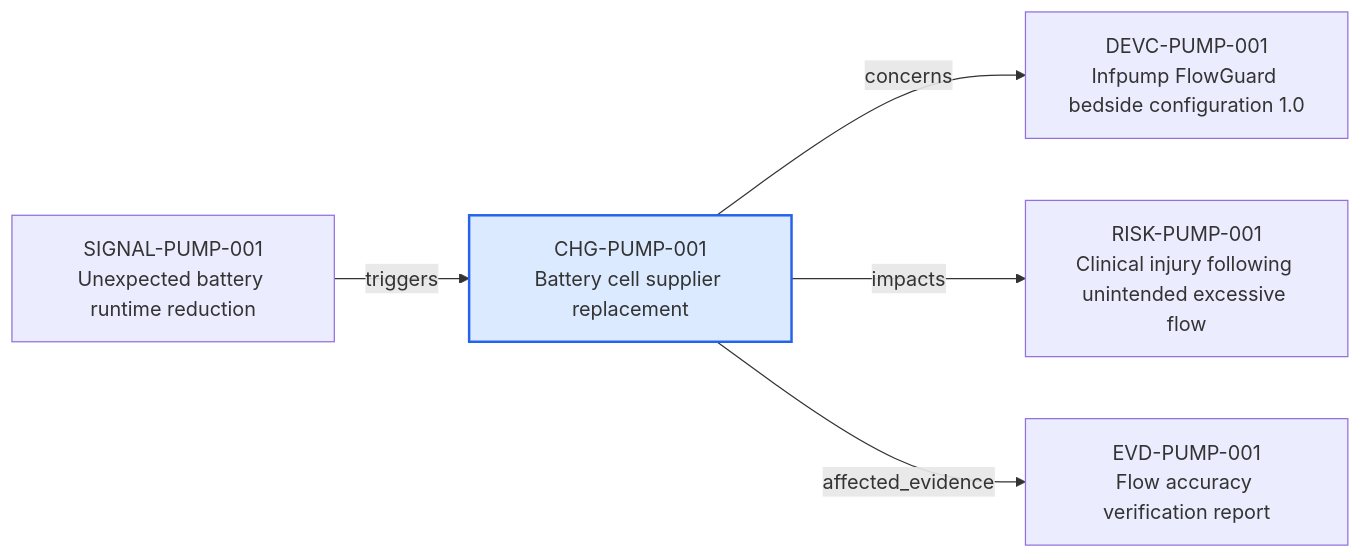
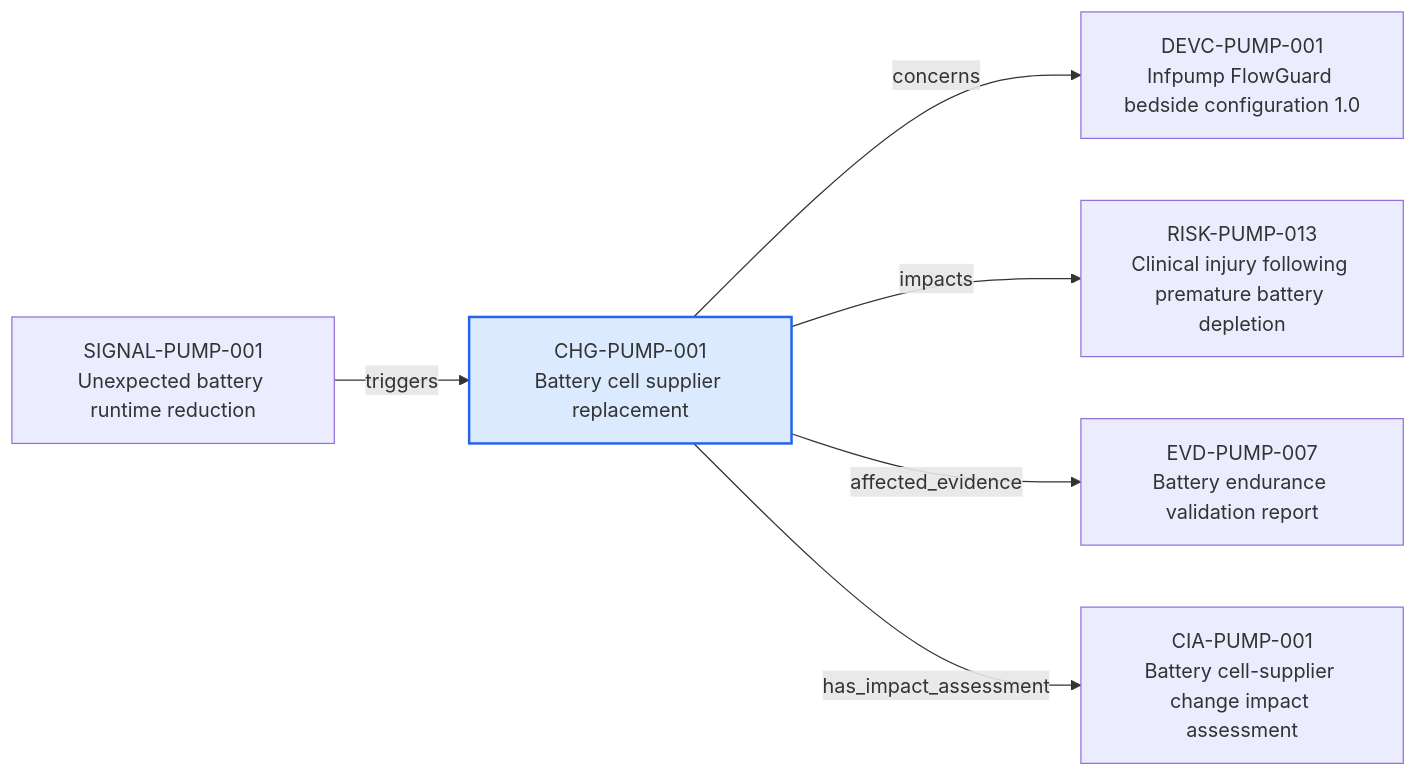
The diagram in content/06-Infpump FlowGuard ontology notes/change/CHG-PUMP-001-battery-cell-supplier-replacement.md (mvattulainen/mdrontology), drawn with Mermaid before and after one commit. The commit also changed other lines of this file and 30 other files, not shown here.

````diff
--- a/content/06-Infpump FlowGuard ontology notes/change/CHG-PUMP-001-battery-cell-supplier-replacement.md
+++ b/content/06-Infpump FlowGuard ontology notes/change/CHG-PUMP-001-battery-cell-supplier-replacement.md
@@ -81,14 +85,16 @@
 ```mermaid
 flowchart LR
   CURRENT["CHG-PUMP-001<br/>Battery cell supplier replacement"]
   PREV0["SIGNAL-PUMP-001<br/>Unexpected battery runtime reduction"]
   PREV0 -->|"triggers"| CURRENT
   NEXT0["DEVC-PUMP-001<br/>Infpump FlowGuard bedside configuration 1.0"]
   CURRENT -->|"concerns"| NEXT0
-  NEXT1["RISK-PUMP-001<br/>Clinical injury following unintended excessive flow"]
+  NEXT1["RISK-PUMP-013<br/>Clinical injury following premature battery depletion"]
   CURRENT -->|"impacts"| NEXT1
-  NEXT2["EVD-PUMP-001<br/>Flow accuracy verification report"]
+  NEXT2["EVD-PUMP-007<br/>Battery endurance validation report"]
   CURRENT -->|"affected_evidence"| NEXT2
+  NEXT3["CIA-PUMP-001<br/>Battery cell-supplier change impact assessment"]
+  CURRENT -->|"has_impact_assessment"| NEXT3
   classDef current fill:#dbeafe,stroke:#2563eb,stroke-width:2px
   class CURRENT current
 ```
````
